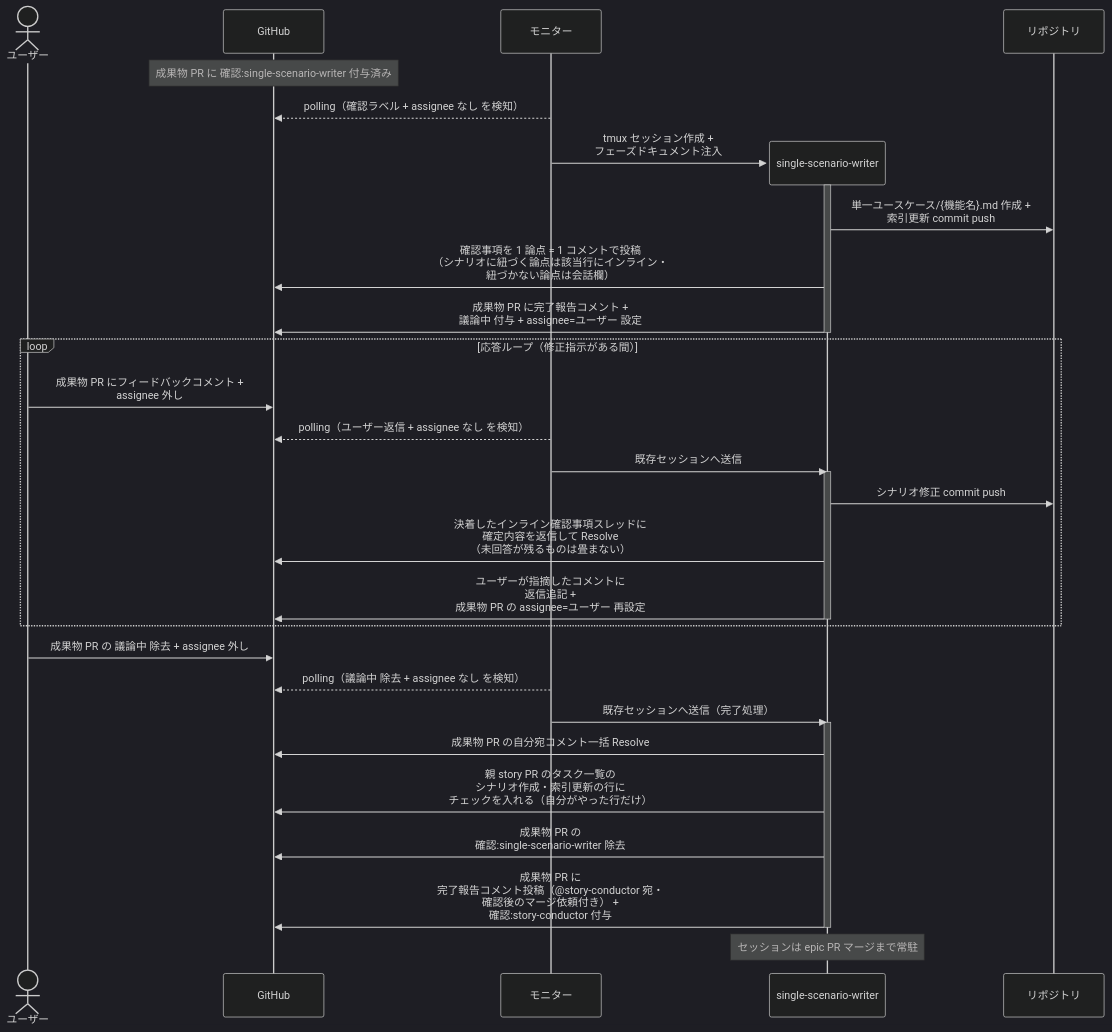
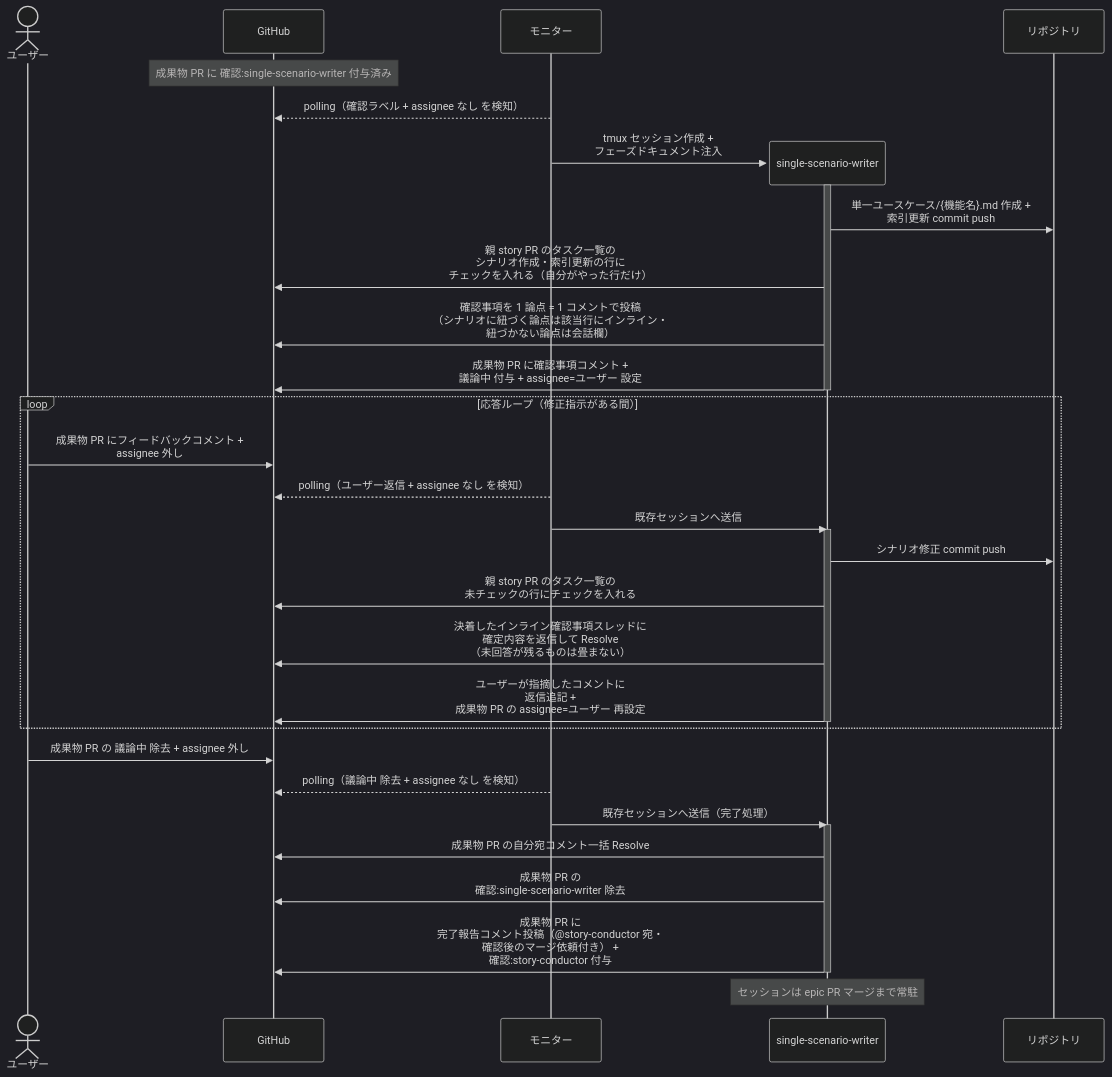
The first of 3 diagrams in docs/wiki/設計図/シナリオ/単一ユースケース/単一シナリオ設計.md (shuhei1101/ai-monitor), drawn with Mermaid (dark theme) before and after one commit. The commit also changed other lines of this file and 174 other files, not shown here.

````diff
--- a/docs/wiki/設計図/シナリオ/単一ユースケース/単一シナリオ設計.md
+++ b/docs/wiki/設計図/シナリオ/単一ユースケース/単一シナリオ設計.md
@@ -26,39 +26,40 @@
 ```mermaid
 sequenceDiagram
   actor U as ユーザー
   participant GH as GitHub
   participant ORC as モニター
 
   Note over GH: 成果物 PR に 確認:single-scenario-writer 付与済み
   ORC-->>GH: polling（確認ラベル + assignee なし を検知）
   create participant MON as single-scenario-writer
   ORC->>MON: tmux セッション作成 +<br>フェーズドキュメント注入
   participant REPO as リポジトリ
   activate MON
   MON->>REPO: 単一ユースケース/{機能名}.md 作成 +<br>索引更新 commit push
+  MON->>GH: 親 story PR のタスク一覧の<br>シナリオ作成・索引更新の行に<br>チェックを入れる（自分がやった行だけ）
   MON->>GH: 確認事項を 1 論点 = 1 コメントで投稿<br>（シナリオに紐づく論点は該当行にインライン・<br>紐づかない論点は会話欄）
-  MON->>GH: 成果物 PR に完了報告コメント +<br>議論中 付与 + assignee=ユーザー 設定
+  MON->>GH: 成果物 PR に確認事項コメント +<br>議論中 付与 + assignee=ユーザー 設定
   deactivate MON
 
   loop 応答ループ（修正指示がある間）
     U->>GH: 成果物 PR にフィードバックコメント +<br>assignee 外し
     ORC-->>GH: polling（ユーザー返信 + assignee なし を検知）
     ORC->>MON: 既存セッションへ送信
     activate MON
     MON->>REPO: シナリオ修正 commit push
+    MON->>GH: 親 story PR のタスク一覧の<br>未チェックの行にチェックを入れる
     MON->>GH: 決着したインライン確認事項スレッドに<br>確定内容を返信して Resolve<br>（未回答が残るものは畳まない）
     MON->>GH: ユーザーが指摘したコメントに<br>返信追記 +<br>成果物 PR の assignee=ユーザー 再設定
     deactivate MON
   end
 
   U->>GH: 成果物 PR の 議論中 除去 + assignee 外し
   ORC-->>GH: polling（議論中 除去 + assignee なし を検知）
   ORC->>MON: 既存セッションへ送信（完了処理）
   activate MON
   MON->>GH: 成果物 PR の自分宛コメント一括 Resolve
-  MON->>GH: 親 story PR のタスク一覧の<br>シナリオ作成・索引更新の行に<br>チェックを入れる（自分がやった行だけ）
   MON->>GH: 成果物 PR の<br>確認:single-scenario-writer 除去
   MON->>GH: 成果物 PR に<br>完了報告コメント投稿（@story-conductor 宛・<br>確認後のマージ依頼付き） +<br>確認:story-conductor 付与
   deactivate MON
   Note over MON: セッションは epic PR マージまで常駐
 ```
````
